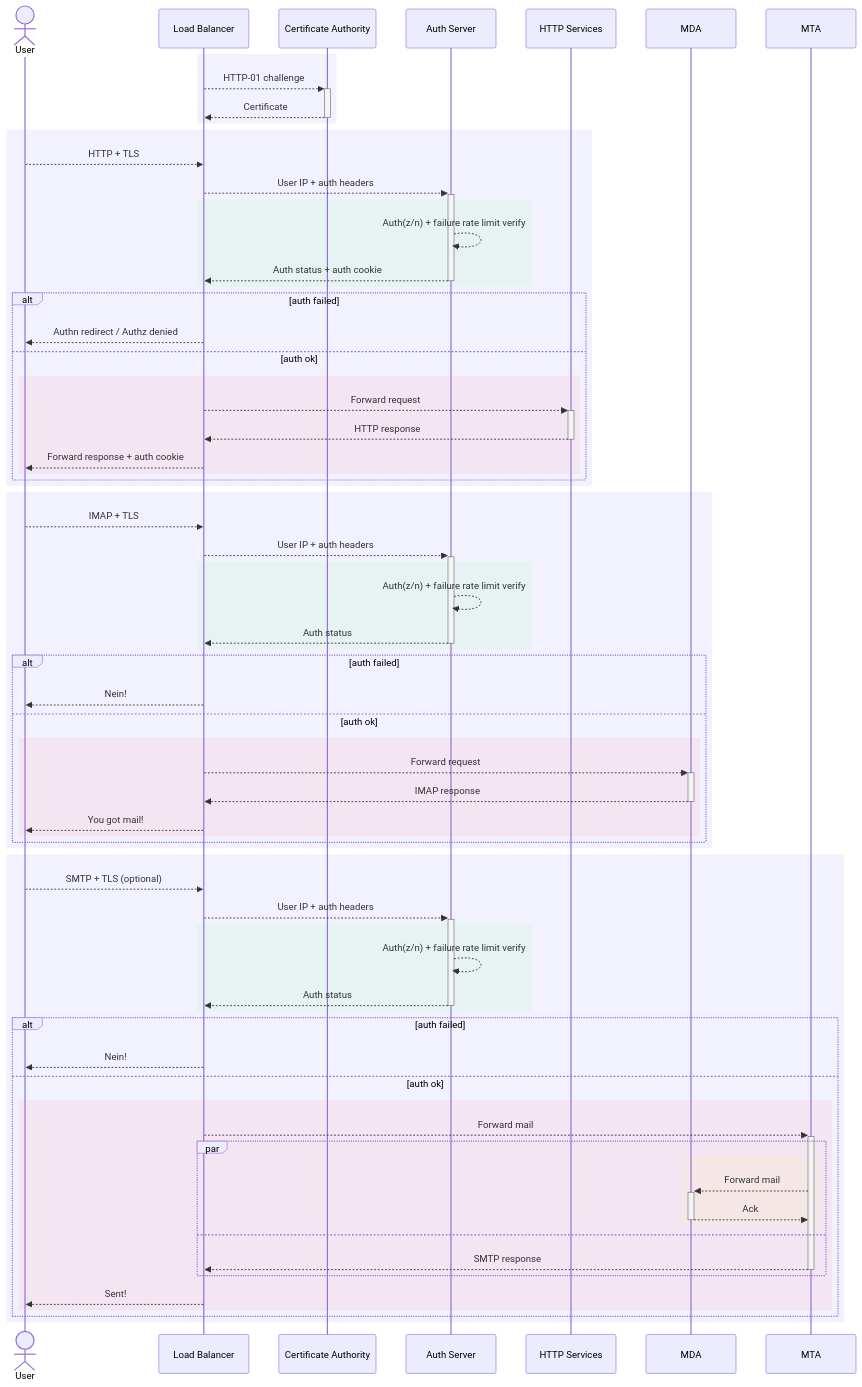
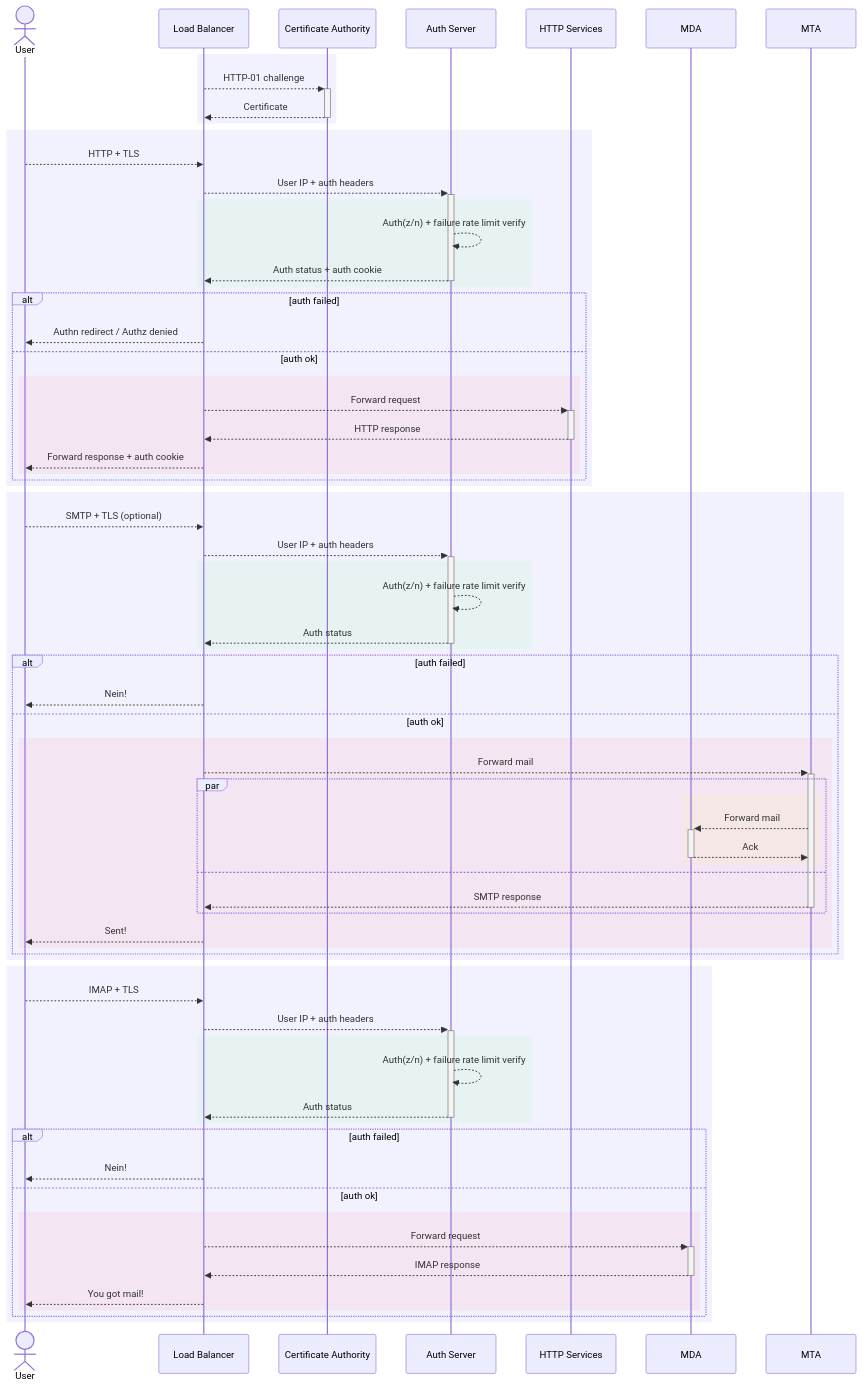
The fourth of 4 diagrams in doc/NETWORK.md (ms-jpq/lab), drawn with Mermaid before and after one commit. The commit also changed other lines of this file, not shown here.

````diff
--- a/doc/NETWORK.md
+++ b/doc/NETWORK.md
@@ -78,76 +78,76 @@
 ```mermaid
 sequenceDiagram
   actor user as User
   participant nginx as Load Balancer
   participant letsencrypt as Certificate Authority
   participant haproxy_nginx as Auth Server
   participant http_srv as HTTP Services
   participant mda as MDA
   participant mta as MTA
 
   rect rgba(0, 0, 255, 0.05)
     nginx -->>+ letsencrypt: HTTP-01 challenge
     letsencrypt -->>- nginx: Certificate
   end
 
   rect rgba(0, 0, 255, 0.05)
     user -->> nginx : HTTP + TLS
     nginx -->>+ haproxy_nginx : User IP + auth headers
     rect rgba(0, 255, 0, 0.05)
       haproxy_nginx -->> haproxy_nginx : Auth(z/n) + failure rate limit verify
       haproxy_nginx -->>- nginx: Auth status + auth cookie
     end
     alt auth failed
       nginx -->> user : Authn redirect / Authz denied
     else auth ok
       rect rgba(255, 0, 0, 0.05)
         nginx -->>+ http_srv : Forward request
         http_srv -->>- nginx: HTTP response
         nginx -->> user : Forward response + auth cookie
       end
     end
   end
 
   rect rgba(0, 0, 255, 0.05)
-    user -->> nginx : IMAP + TLS
-    nginx -->>+ haproxy_nginx : User IP + auth headers
-    rect rgba(0, 255, 0, 0.05)
-      haproxy_nginx -->> haproxy_nginx : Auth(z/n) + failure rate limit verify
-      haproxy_nginx -->>- nginx: Auth status
-    end
-    alt auth failed
-      nginx -->> user : Nein!
-    else auth ok
-      rect rgba(255, 0, 0, 0.05)
-        nginx -->>+ mda : Forward request
-        mda -->>- nginx: IMAP response
-        nginx -->> user : You got mail!
-      end
-    end
-  end
-
-  rect rgba(0, 0, 255, 0.05)
     user -->> nginx : SMTP + TLS (optional)
     nginx -->>+ haproxy_nginx : User IP + auth headers
     rect rgba(0, 255, 0, 0.05)
       haproxy_nginx -->> haproxy_nginx : Auth(z/n) + failure rate limit verify
       haproxy_nginx -->>- nginx: Auth status
     end
     alt auth failed
       nginx -->> user : Nein!
     else auth ok
       rect rgba(255, 0, 0, 0.05)
         nginx -->>+ mta : Forward mail
         par
           rect rgba(255, 255, 0, 0.05)
             mta -->>+ mda: Forward mail
             mda -->>- mta: Ack
           end
         and
           mta -->>- nginx: SMTP response
         end
         nginx -->> user : Sent!
       end
     end
   end
+
+  rect rgba(0, 0, 255, 0.05)
+    user -->> nginx : IMAP + TLS
+    nginx -->>+ haproxy_nginx : User IP + auth headers
+    rect rgba(0, 255, 0, 0.05)
+      haproxy_nginx -->> haproxy_nginx : Auth(z/n) + failure rate limit verify
+      haproxy_nginx -->>- nginx: Auth status
+    end
+    alt auth failed
+      nginx -->> user : Nein!
+    else auth ok
+      rect rgba(255, 0, 0, 0.05)
+        nginx -->>+ mda : Forward request
+        mda -->>- nginx: IMAP response
+        nginx -->> user : You got mail!
+      end
+    end
+  end
 ```
````
